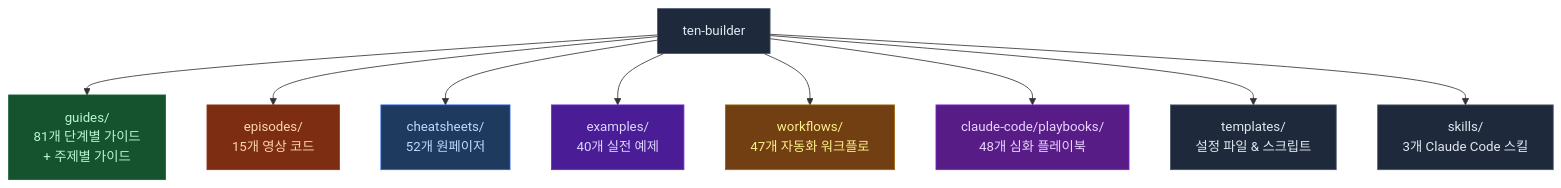
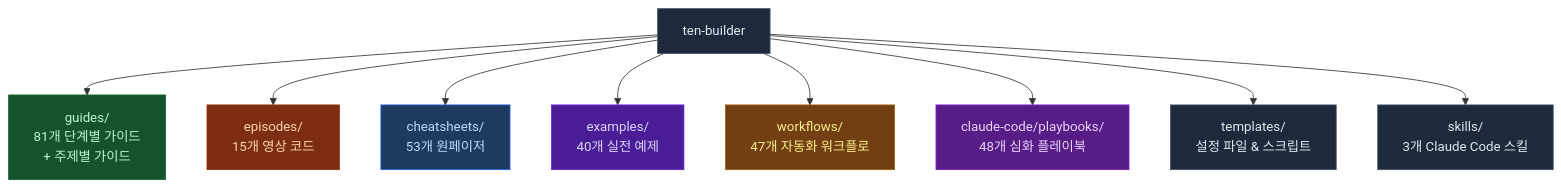
One commit to ten-builder/ten-builder changed the first of 2 diagrams in README.md. Above: the diagram before and after it, drawn with Mermaid. The commit also changed other lines of this file, not shown here.

````diff
--- a/README.md
+++ b/README.md
@@ -23,21 +23,21 @@
 ```mermaid
 flowchart TD
     R["ten-builder"] --> G["guides/\n81개 단계별 가이드\n+ 주제별 가이드"]
     R --> E["episodes/\n15개 영상 코드"]
-    R --> C["cheatsheets/\n52개 원페이저"]
+    R --> C["cheatsheets/\n53개 원페이저"]
     R --> EX["examples/\n40개 실전 예제"]
     R --> W["workflows/\n47개 자동화 워크플로"]
     R --> P["claude-code/playbooks/\n48개 심화 플레이북"]
     R --> T["templates/\n설정 파일 & 스크립트"]
     R --> S["skills/\n3개 Claude Code 스킬"]
 
     style R fill:#1e293b,stroke:#475569,color:#e2e8f0
     style G fill:#14532d,stroke:#166534,color:#bbf7d0
     style E fill:#7c2d12,stroke:#9a3412,color:#fed7aa
     style C fill:#1e3a5f,stroke:#2563eb,color:#bfdbfe
     style EX fill:#4a1d96,stroke:#6d28d9,color:#ddd6fe
     style W fill:#713f12,stroke:#a16207,color:#fef08a
     style P fill:#581c87,stroke:#7e22ce,color:#e9d5ff
     style T fill:#1e293b,stroke:#475569,color:#e2e8f0
     style S fill:#1e293b,stroke:#475569,color:#e2e8f0
 ```
````
